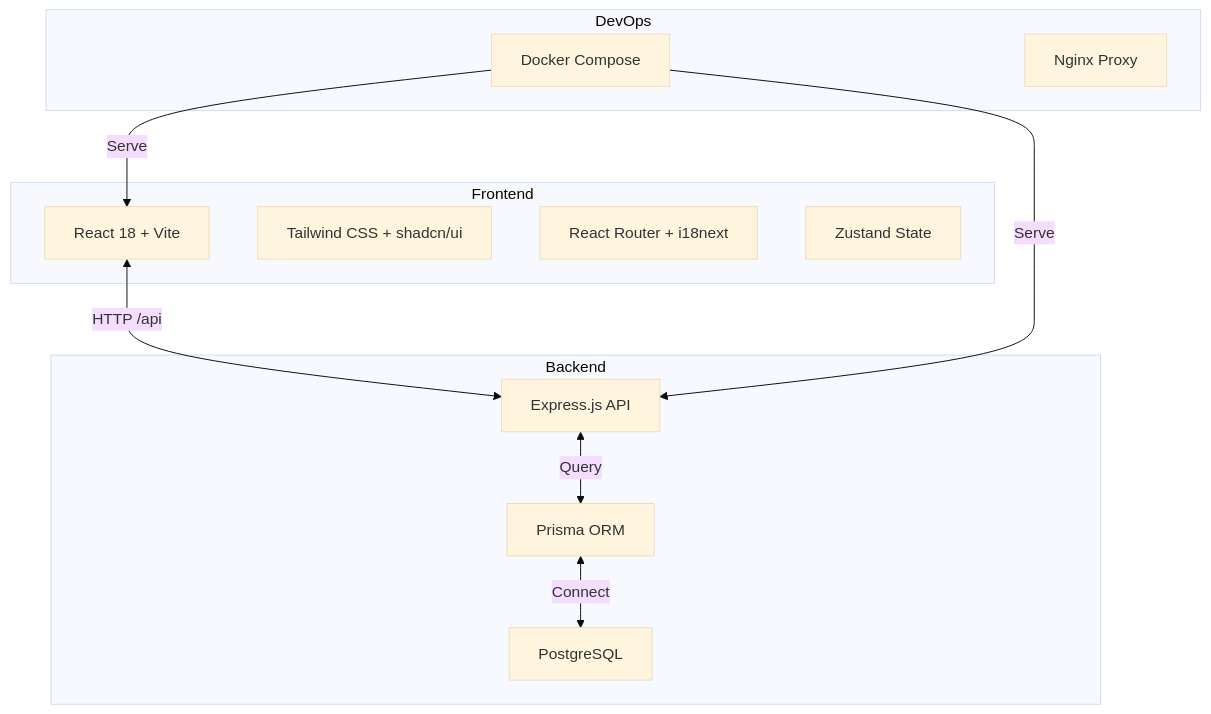
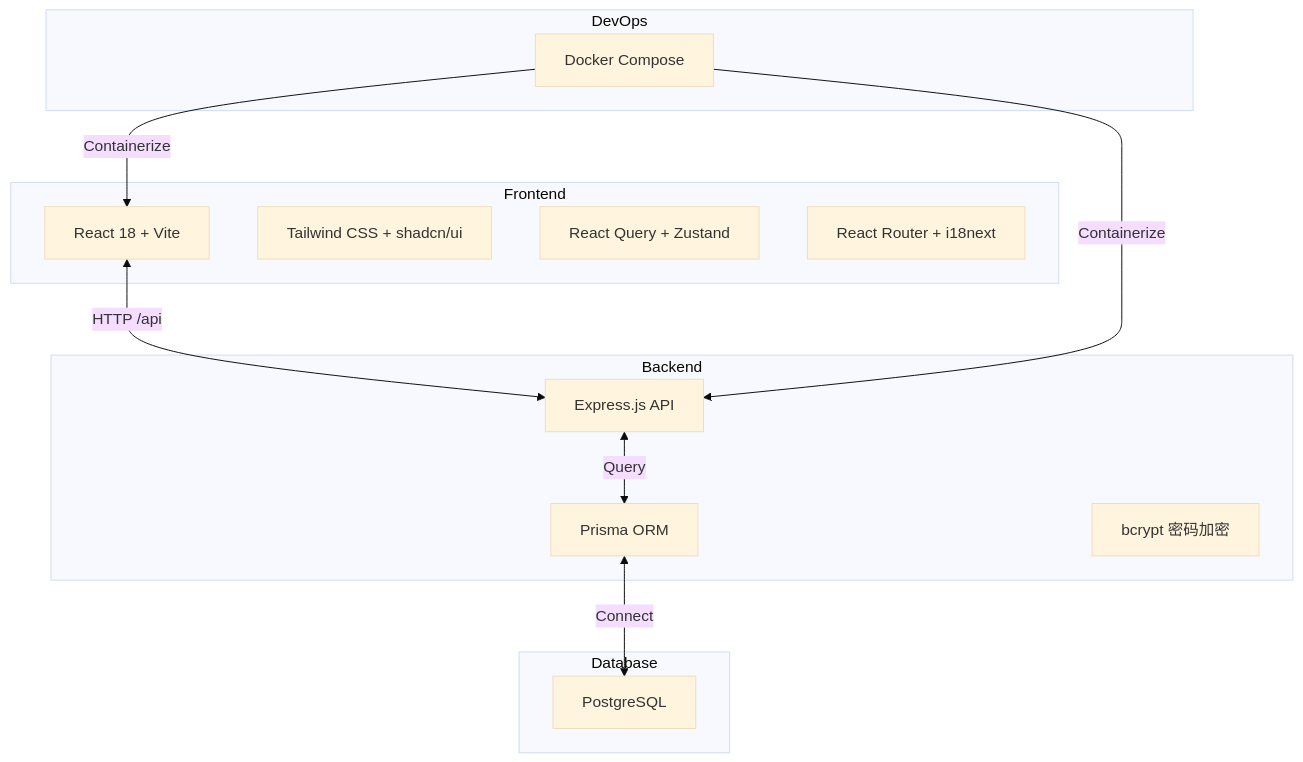
The diagram in README.md (frankfika/openhackathon), drawn with Mermaid (base theme) before and after one commit. The commit also changed other lines of this file and 78 other files, not shown here.

````diff
--- a/README.md
+++ b/README.md
@@ -71,26 +139,29 @@
 ```mermaid
 graph TB
     subgraph "Frontend"
         A[React 18 + Vite]
         B[Tailwind CSS + shadcn/ui]
-        C[React Router + i18next]
-        D[Zustand State]
+        C[React Query + Zustand]
+        D[React Router + i18next]
     end
 
     subgraph "Backend"
         E[Express.js API]
         F[Prisma ORM]
-        G[PostgreSQL]
+        G[bcrypt 密码加密]
+    end
+
+    subgraph "Database"
+        H[PostgreSQL]
     end
 
     subgraph "DevOps"
-        H[Docker Compose]
-        I[Nginx Proxy]
+        I[Docker Compose]
     end
 
     A <-->|HTTP /api| E
     E <-->|Query| F
-    F <-->|Connect| G
-    H -->|Serve| A
-    H -->|Serve| E
+    F <-->|Connect| H
+    I -->|Containerize| A
+    I -->|Containerize| E
 ```
````
